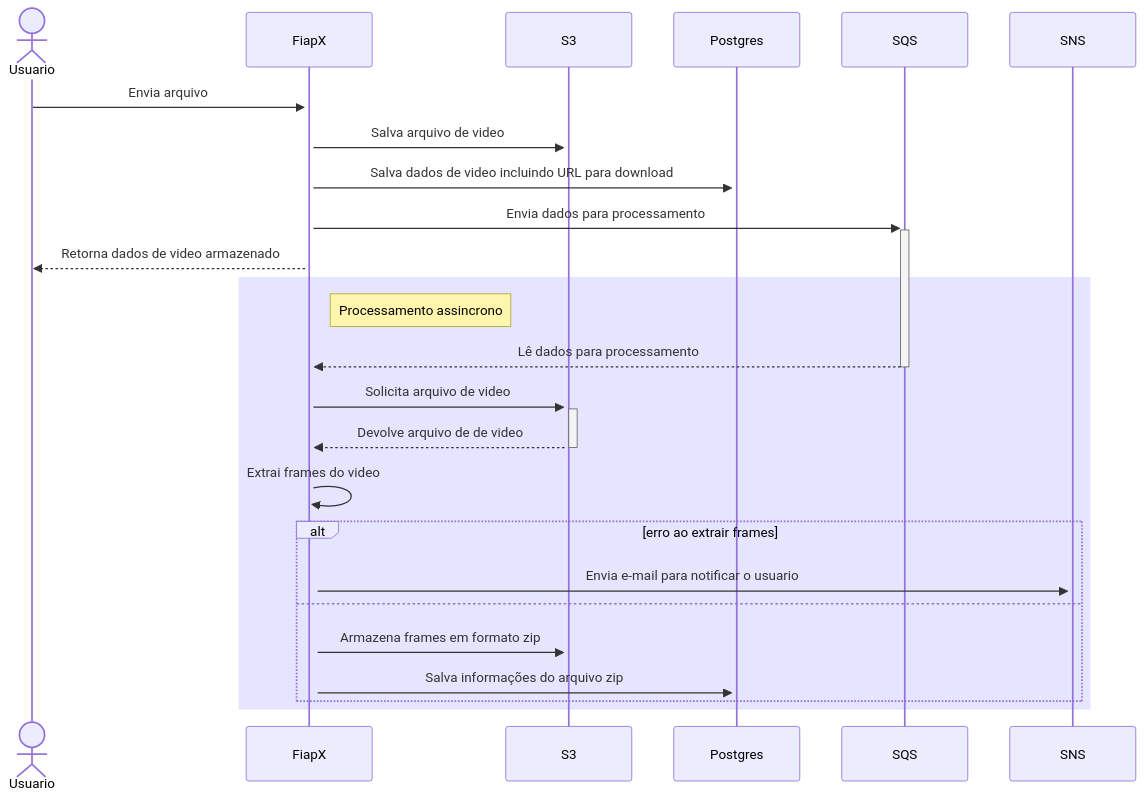
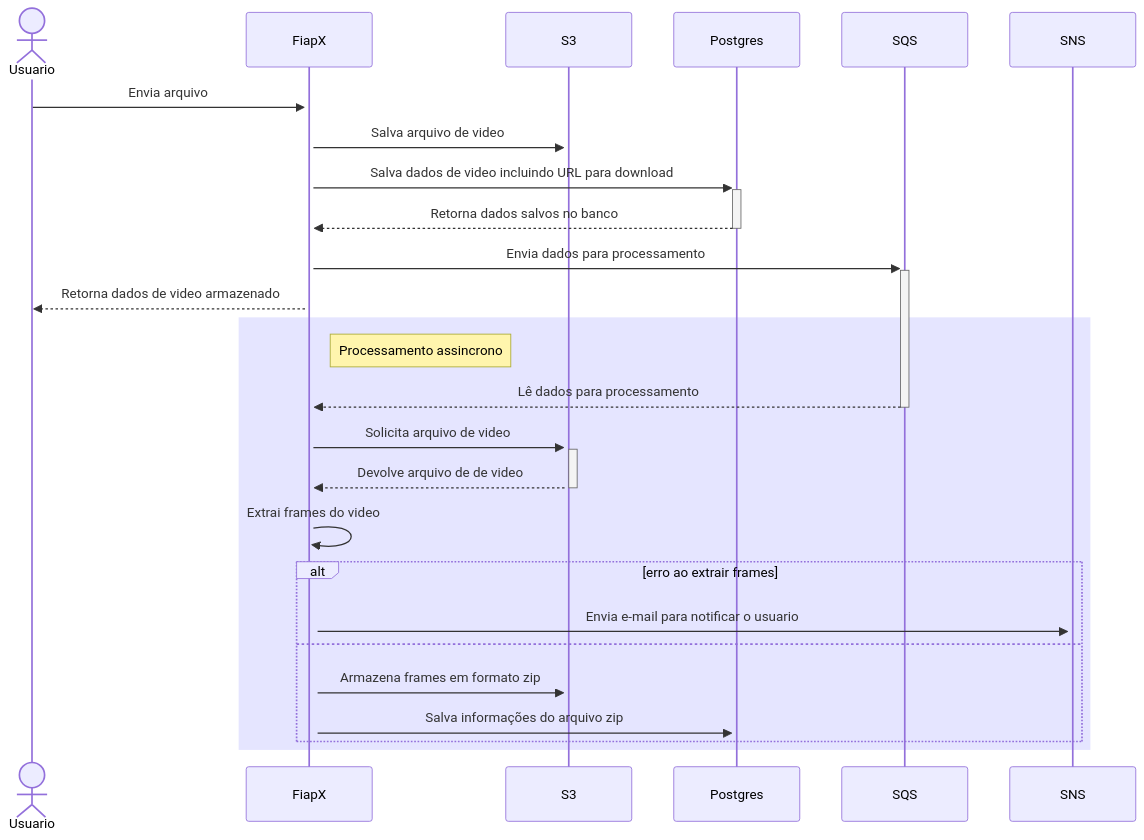
One commit to Tech-Challenge-7SOAT/fiap-x changed the diagram in README.md. Above: the diagram before and after it, drawn with Mermaid.

````diff
--- a/README.md
+++ b/README.md
@@ -56,25 +56,26 @@
 ```mermaid
 sequenceDiagram
     actor Usuario
     Usuario->>+FiapX: Envia arquivo
     FiapX->>+S3: Salva arquivo de video
     FiapX->>+Postgres: Salva dados de video incluindo URL para download
+    Postgres-->>-FiapX: Retorna dados salvos no banco
     FiapX->>+SQS: Envia dados para processamento
 
     FiapX-->>Usuario: Retorna dados de video armazenado
 
     rect rgba(0, 0, 255, .1)
         Note right of FiapX: Processamento assincrono
         SQS-->>-FiapX: Lê dados para processamento
         FiapX->>+S3: Solicita arquivo de video
         S3-->>-FiapX: Devolve arquivo de de video
         FiapX->>+FiapX: Extrai frames do video
 
         alt erro ao extrair frames
             FiapX->>+SNS: Envia e-mail para notificar o usuario
         else
             FiapX->>+S3: Armazena frames em formato zip
             FiapX->>+Postgres: Salva informações do arquivo zip
         end
     end
 ```
````
